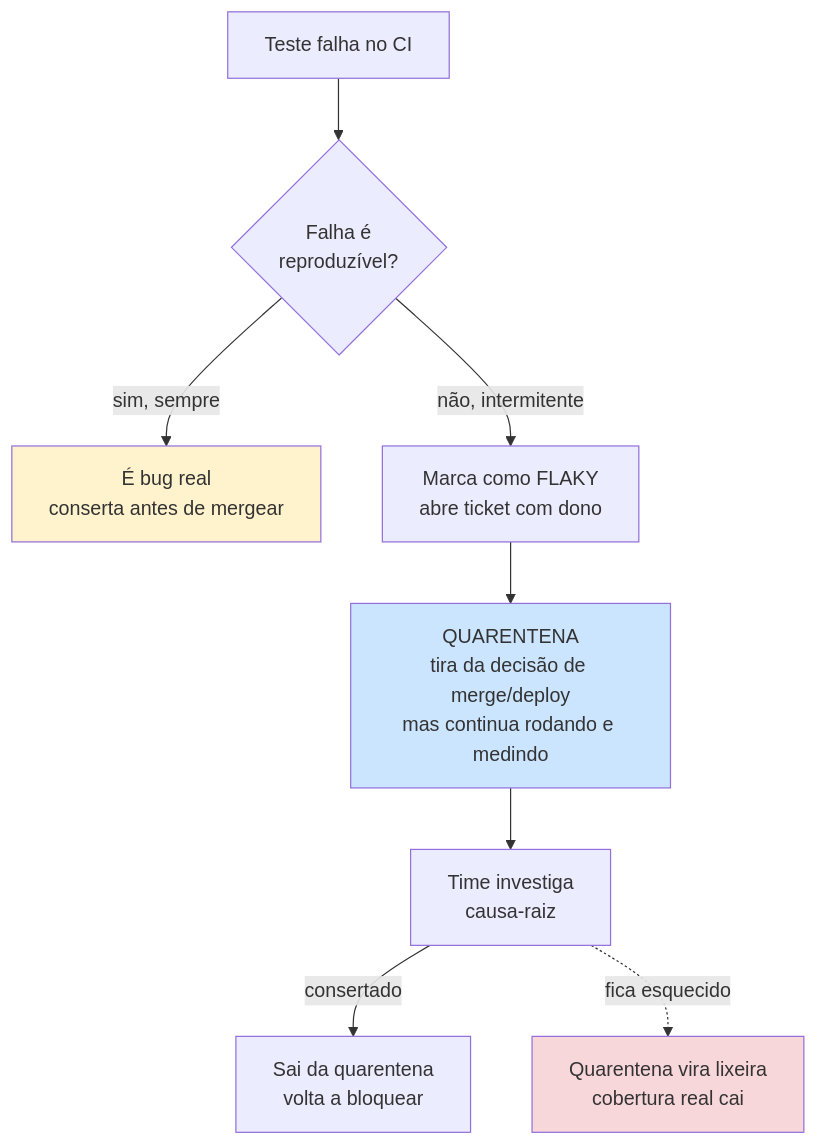
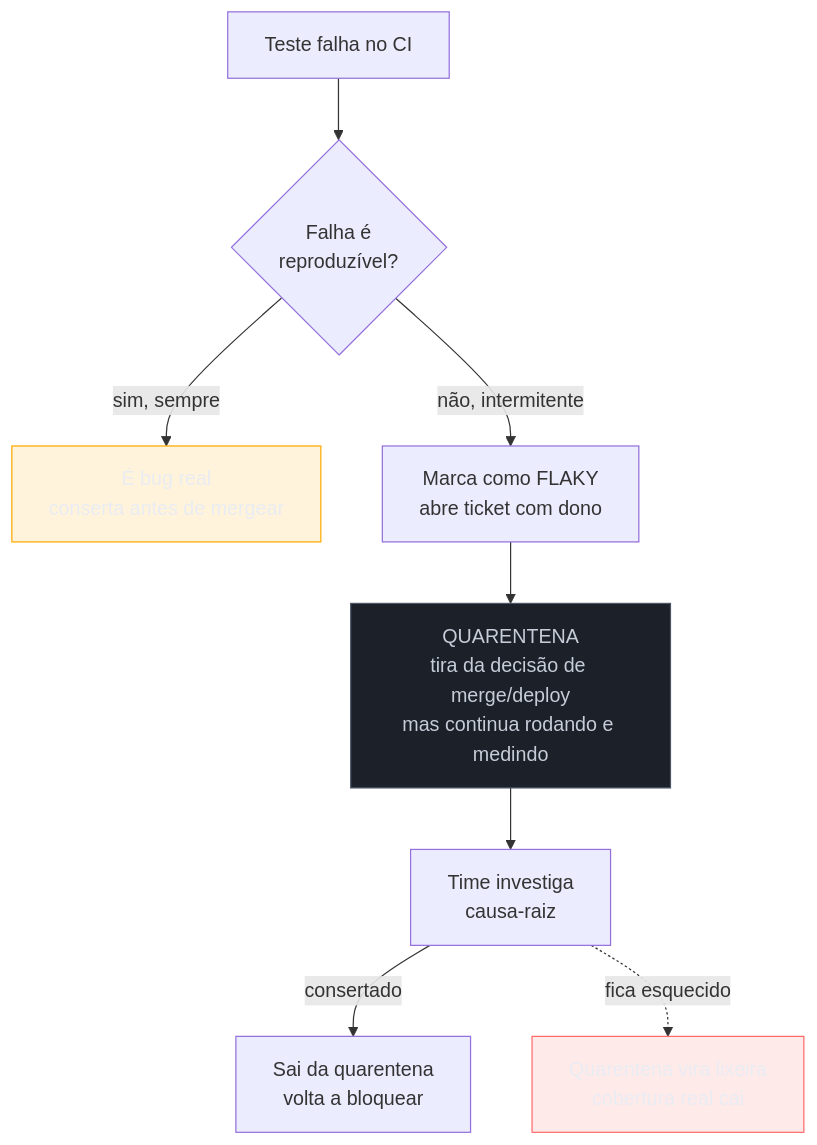
One commit to josenaldo/codex-technomanticus changed the sixth of 8 diagrams in 03-Dominios/Engenharia/Testes/15 - Testes em CI-CD.md. Above: the diagram before and after it, drawn with Mermaid. The commit also changed other lines of this file and 1181 other files, not shown here.

First line of the commit message:
fix(diagramas): paleta do sistema no lugar de cor cravada no markdown

````diff
--- a/03-Dominios/Engenharia/Testes/15 - Testes em CI-CD.md
+++ b/03-Dominios/Engenharia/Testes/15 - Testes em CI-CD.md
@@ -203,13 +213,16 @@
 ```mermaid
 flowchart TD
+    classDef destaque fill:#FFAA0024,stroke:#FFAA00,color:#E9ECF2
+    classDef neutro fill:#1B2029,stroke:#4E5666,color:#C6CCD8
+    classDef falha fill:#FF6B6B24,stroke:#FF6B6B,color:#E9ECF2
     A["Teste falha no CI"] --> B{"Falha é<br/>reproduzível?"}
     B -->|sim, sempre| C["É bug real<br/>conserta antes de mergear"]
     B -->|não, intermitente| D["Marca como FLAKY<br/>abre ticket com dono"]
     D --> E["QUARENTENA<br/>tira da decisão de merge/deploy<br/>mas continua rodando e medindo"]
     E --> F["Time investiga<br/>causa-raiz"]
     F -->|consertado| G["Sai da quarentena<br/>volta a bloquear"]
     F -.->|fica esquecido| H["Quarentena vira lixeira<br/>cobertura real cai"]
-    style C fill:#fff3cd
-    style E fill:#cce5ff
-    style H fill:#f8d7da
+    class C destaque
+    class E neutro
+    class H falha
 ```
````
